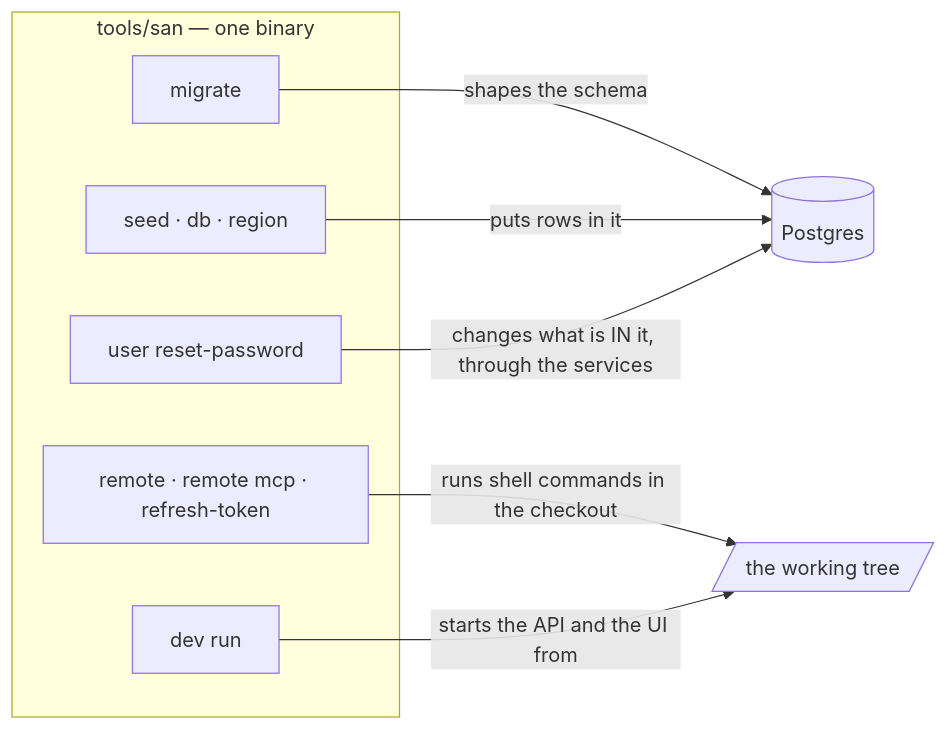
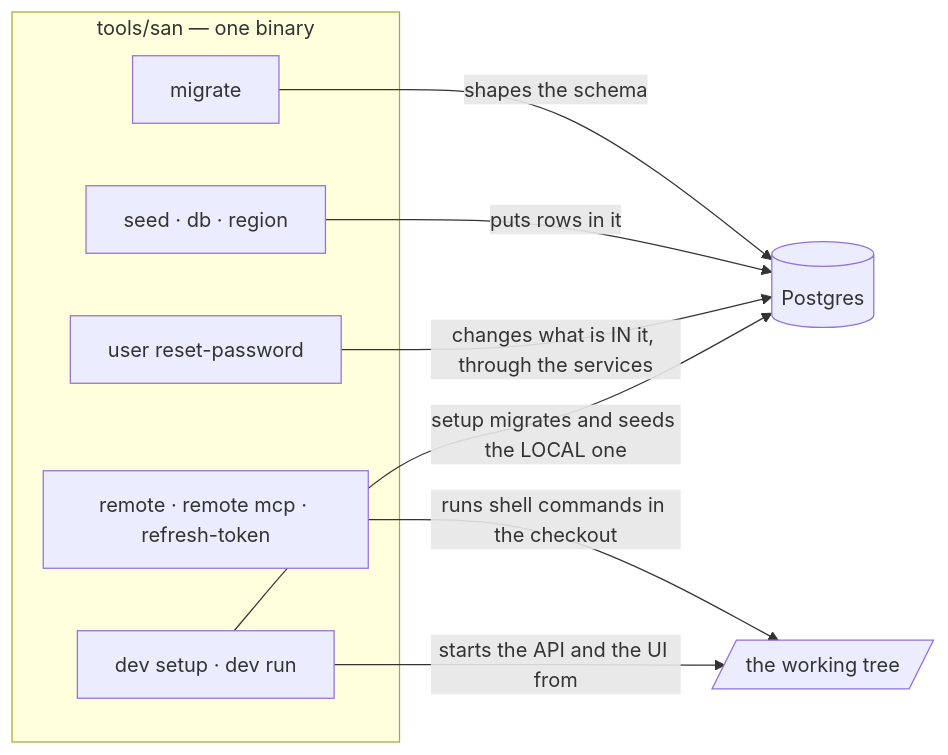
The first of 13 diagrams in docs/tools/san.md (pdcgo/warehouse_revamp), drawn with Mermaid before and after one commit. The commit also changed other lines of this file and 14 other files, not shown here.

First line of the commit message:
san: dev setup — make a checkout runnable in one command

````diff
--- a/docs/tools/san.md
+++ b/docs/tools/san.md
@@ -29,15 +29,16 @@
 ```mermaid
 flowchart LR
     subgraph san["tools/san — one binary"]
         M["migrate"]
         S["seed · db · region"]
         U["user reset-password"]
         R["remote · remote mcp · refresh-token"]
-        V["dev run"]
+        V["dev setup · dev run"]
     end
     M -->|"shapes the schema"| DB[(Postgres)]
     S -->|"puts rows in it"| DB
     U -->|"changes what is IN it, through the services"| DB
     R -->|"runs shell commands in the checkout"| WS[/"the working tree"/]
     V -->|"starts the API and the UI from"| WS
+    V -->|"setup migrates and seeds the LOCAL one"| DB
 ```
````
